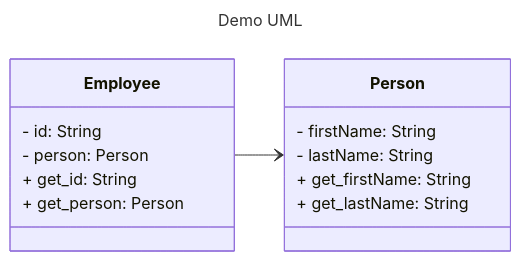
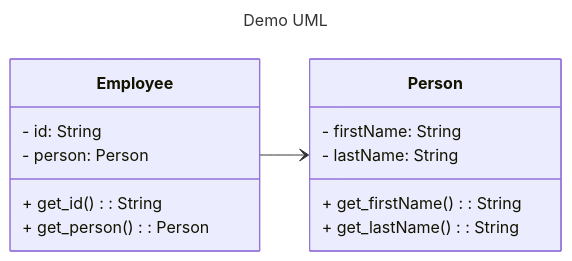
Before and after one commit to 5004-SEA-Fa24-Geeng/hello-world-amit204joshi: the diagram in MarkdownPlayground.md, drawn with Mermaid.

Commit message:
Modify Markdown

````diff
--- a/MarkdownPlayground.md
+++ b/MarkdownPlayground.md
@@ -33,20 +33,20 @@
 ```mermaid
 ---
 title: Demo UML
 ---
 classDiagram
     direction LR
     Employee --> Person
     class Employee{
         - id: String
         - person: Person
-        + get_id: String
-        + get_person: Person
+        + get_id(): String
+        + get_person(): Person
     }
     class Person{
         - firstName: String
         - lastName: String
-        + get_firstName: String
-        + get_lastName: String
+        + get_firstName(): String
+        + get_lastName(): String
     }
 ```
````
